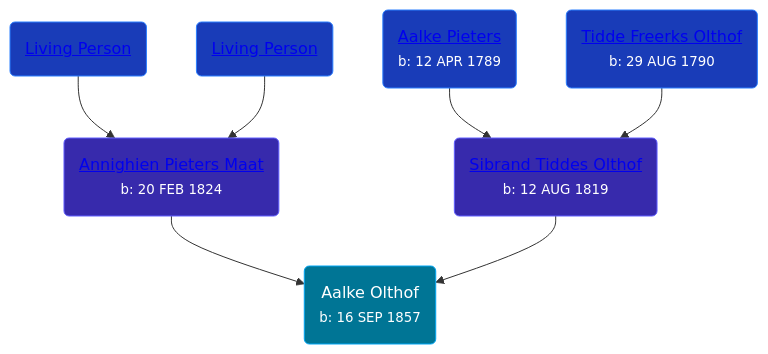
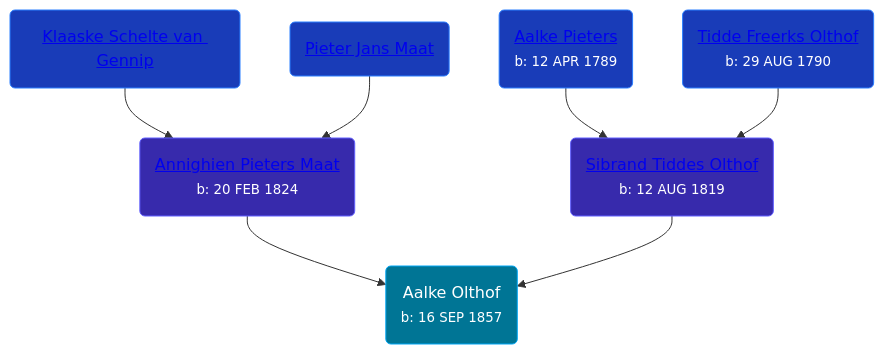
One commit to wpmgotkh/wpmgotkh.github.io changed the diagram in pages/people/1/12784340.md. Above: the diagram before and after it, drawn with Mermaid. The commit also changed 586 other files, not shown here.

Commit message:
feat: better shouldConsiderPersonLiving algo

````diff
--- a/pages/people/1/12784340.md
+++ b/pages/people/1/12784340.md
@@ -10,13 +10,13 @@
 ```mermaid
 graph
 classDef grands fill:#193cb8,stroke:#2b7fff,stroke-width:1px,color:#fff;
 classDef parents fill:#372aac,stroke:#615fff,stroke-width:1px,color:#fff;
 classDef primary fill:#007595,stroke:#00a6f4,stroke-width:1px,color:#fff;
 12784340(Aalke Olthof<br /><small>b: 16 SEP 1857</small>):::primary
 7249878(<a class="text-white" href="/people/7/7249878">Annighien Pieters Maat</a><br /><small>b: 20 FEB 1824</small>):::parents-->12784340
-196672(<a class="text-white" href="/people/1/196672">Living Person</a>):::grands-->7249878
-79488014(<a class="text-white" href="/people/7/79488014">Living Person</a>):::grands-->7249878
+196672(<a class="text-white" href="/people/1/196672">Klaaske Schelte van Gennip</a>):::grands-->7249878
+79488014(<a class="text-white" href="/people/7/79488014">Pieter Jans Maat</a>):::grands-->7249878
 76433820(<a class="text-white" href="/people/7/76433820">Sibrand Tiddes Olthof</a><br /><small>b: 12 AUG 1819</small>):::parents-->12784340
 70796984(<a class="text-white" href="/people/7/70796984">Aalke Pieters</a><br /><small>b: 12 APR 1789</small>):::grands-->76433820
 7481187(<a class="text-white" href="/people/7/7481187">Tidde Freerks Olthof</a><br /><small>b: 29 AUG 1790</small>):::grands-->76433820
 ```
````
